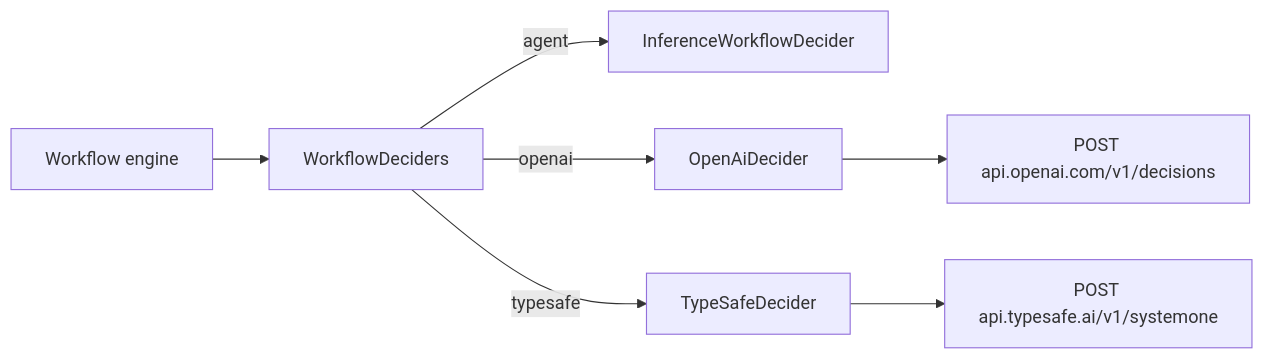
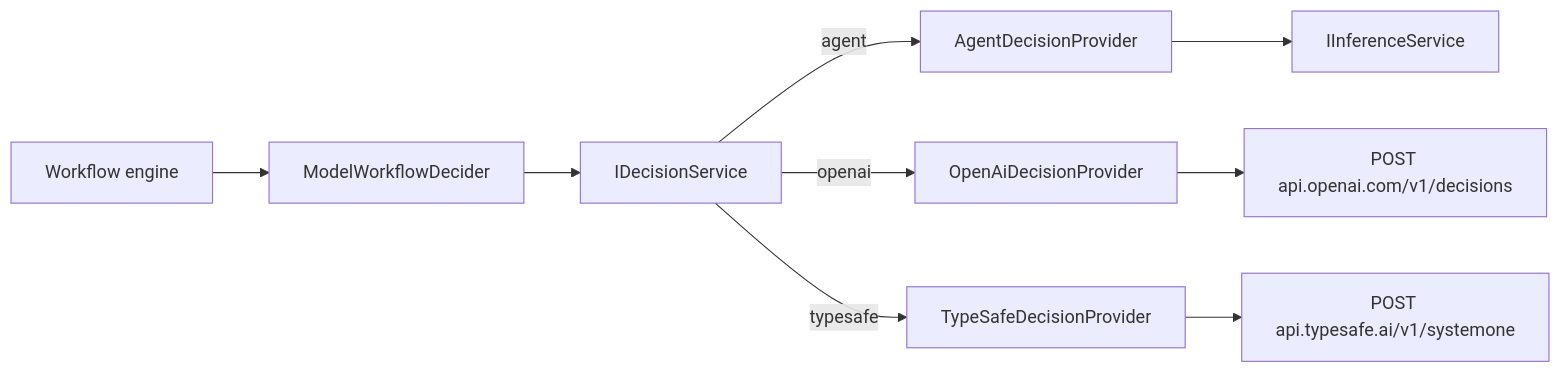
The diagram in docs/specs/inference-providers.md (Kapps/weavie), drawn with Mermaid before and after one commit. The commit also changed other lines of this file, not shown here.

Commit message:
Put a provider-neutral decision layer under workflow decisions

````diff
--- a/docs/specs/inference-providers.md
+++ b/docs/specs/inference-providers.md
@@ -64,9 +35,11 @@
 ```mermaid
 flowchart LR
-    E[Workflow engine] --> S[WorkflowDeciders]
-    S -->|agent| A[InferenceWorkflowDecider]
-    S -->|openai| O[OpenAiDecider]
-    S -->|typesafe| T[TypeSafeDecider]
+    E[Workflow engine] --> W[ModelWorkflowDecider]
+    W --> D[IDecisionService]
+    D -->|agent| A[AgentDecisionProvider]
+    D -->|openai| O[OpenAiDecisionProvider]
+    D -->|typesafe| T[TypeSafeDecisionProvider]
+    A --> I[IInferenceService]
     O --> OA[POST api.openai.com/v1/decisions]
     T --> TA[POST api.typesafe.ai/v1/systemone]
 ```
````
